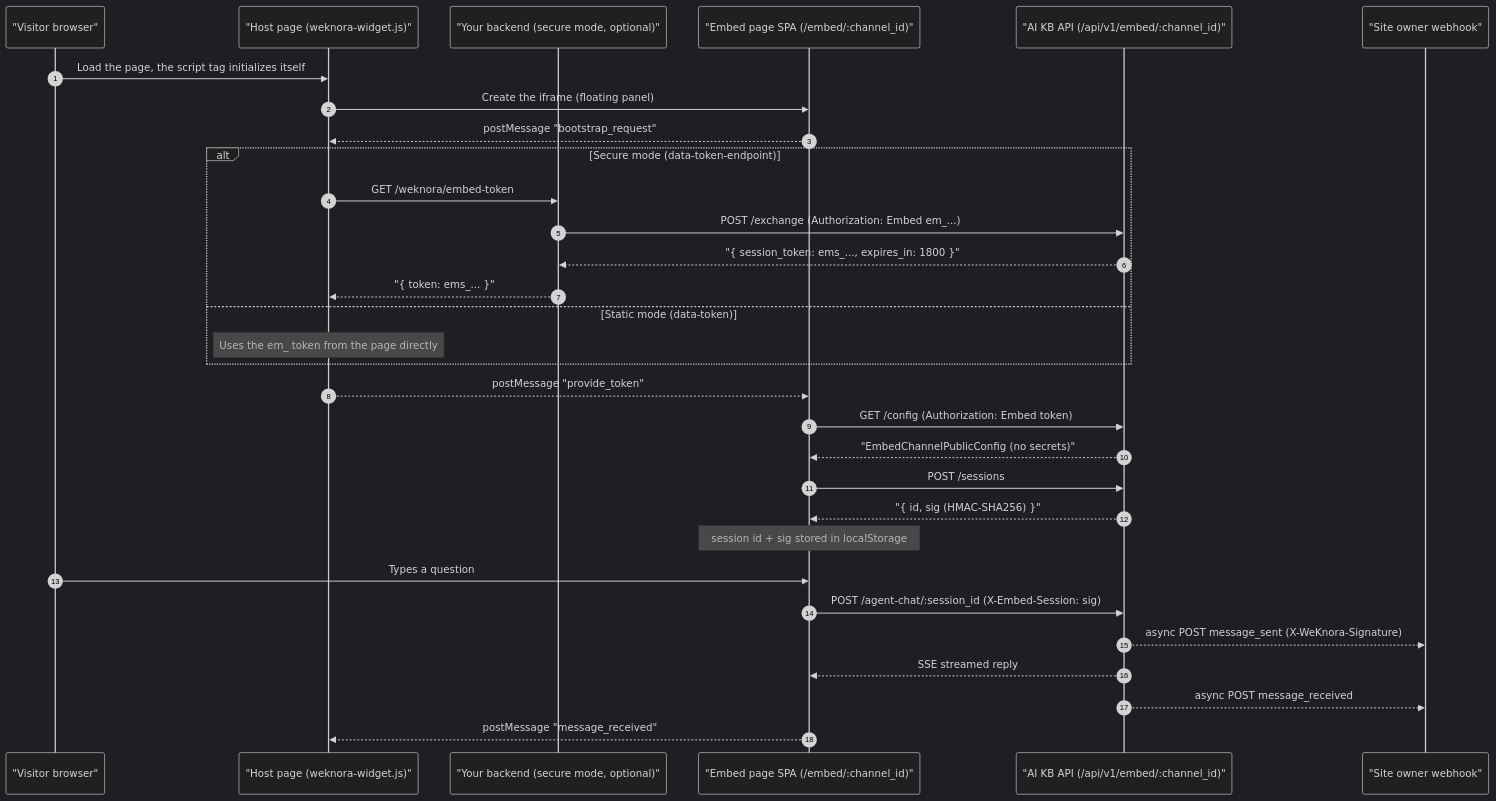
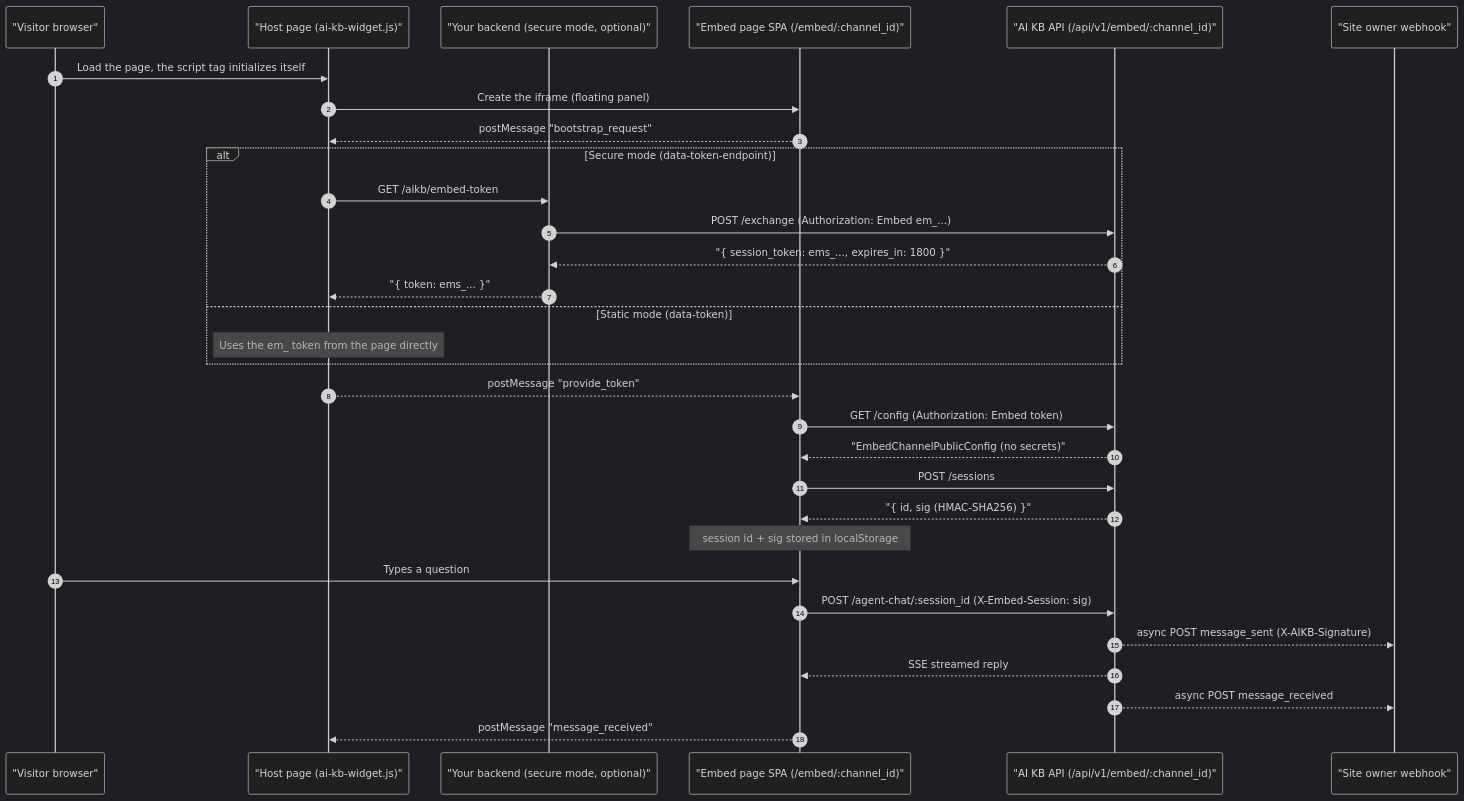
Before and after one commit to jrmatherly/ai-kb: the diagram in website-docs/03-features/13-embed-channel.md, drawn with Mermaid (dark theme). The commit also changed other lines of this file and 592 other files, not shown here.

````diff
--- a/website-docs/03-features/13-embed-channel.md
+++ b/website-docs/03-features/13-embed-channel.md
@@ -274,34 +274,34 @@
 ```mermaid
 sequenceDiagram
     autonumber
     participant Visitor as "Visitor browser"
-    participant Host as "Host page (weknora-widget.js)"
+    participant Host as "Host page (ai-kb-widget.js)"
     participant Backend as "Your backend (secure mode, optional)"
     participant Iframe as "Embed page SPA (/embed/:channel_id)"
     participant API as "AI KB API (/api/v1/embed/:channel_id)"
     participant Webhook as "Site owner webhook"
 
     Visitor->>Host: Load the page, the script tag initializes itself
     Host->>Iframe: Create the iframe (floating panel)
     Iframe-->>Host: postMessage "bootstrap_request"
     alt Secure mode (data-token-endpoint)
-        Host->>Backend: GET /weknora/embed-token
+        Host->>Backend: GET /aikb/embed-token
         Backend->>API: POST /exchange (Authorization: Embed em_...)
         API-->>Backend: "{ session_token: ems_..., expires_in: 1800 }"
         Backend-->>Host: "{ token: ems_... }"
     else Static mode (data-token)
         Note over Host: Uses the em_ token from the page directly
     end
     Host-->>Iframe: postMessage "provide_token"
     Iframe->>API: GET /config (Authorization: Embed token)
     API-->>Iframe: "EmbedChannelPublicConfig (no secrets)"
     Iframe->>API: POST /sessions
     API-->>Iframe: "{ id, sig (HMAC-SHA256) }"
     Note over Iframe: session id + sig stored in localStorage
     Visitor->>Iframe: Types a question
     Iframe->>API: POST /agent-chat/:session_id (X-Embed-Session: sig)
-    API-->>Webhook: async POST message_sent (X-WeKnora-Signature)
+    API-->>Webhook: async POST message_sent (X-AIKB-Signature)
     API-->>Iframe: SSE streamed reply
     API-->>Webhook: async POST message_received
     Iframe-->>Host: postMessage "message_received"
 ```
````
